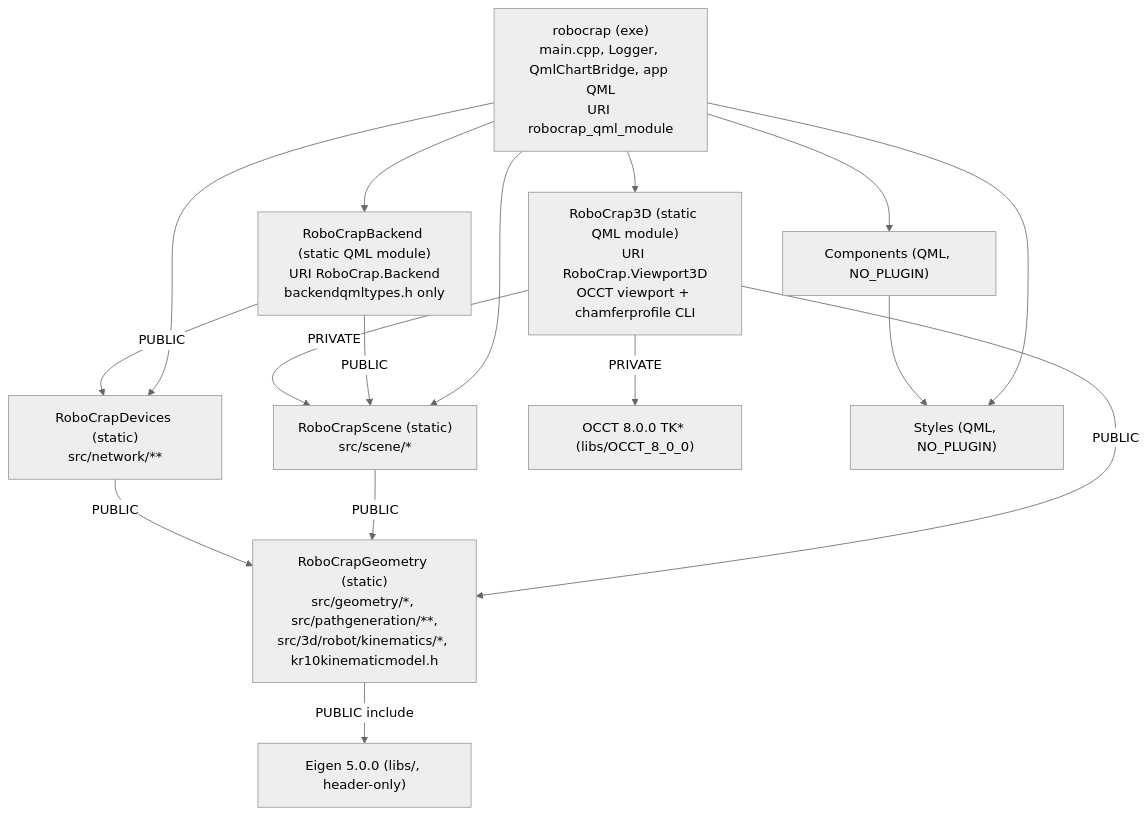
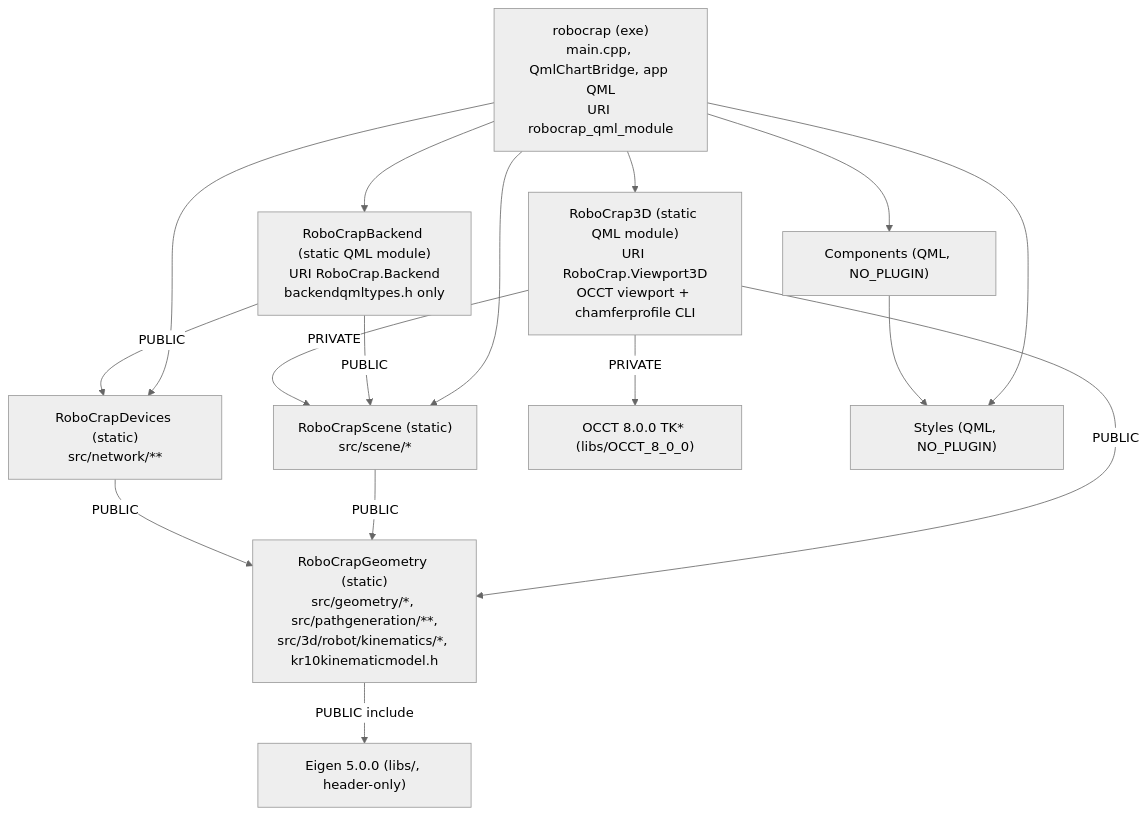
Before and after one commit to Nazar0vIvan/QDeltaPLC: the diagram in docs/ARCHITECTURE.md, drawn with Mermaid (neutral theme). The commit also changed other lines of this file and 23 other files, not shown here.

````diff
--- a/docs/ARCHITECTURE.md
+++ b/docs/ARCHITECTURE.md
@@ -30,29 +35,29 @@
 ```mermaid
 graph TD
-  robocrap["robocrap (exe)<br/>main.cpp, Logger, QmlChartBridge, app QML<br/>URI robocrap_qml_module"]
+  robocrap["robocrap (exe)<br/>main.cpp, QmlChartBridge, app QML<br/>URI robocrap_qml_module"]
   Backend["RoboCrapBackend (static QML module)<br/>URI RoboCrap.Backend<br/>backendqmltypes.h only"]
   R3D["RoboCrap3D (static QML module)<br/>URI RoboCrap.Viewport3D<br/>OCCT viewport + chamferprofile CLI"]
   Scene["RoboCrapScene (static)<br/>src/scene/*"]
   Devices["RoboCrapDevices (static)<br/>src/network/**"]
   Geometry["RoboCrapGeometry (static)<br/>src/geometry/*, src/pathgeneration/**,<br/>src/3d/robot/kinematics/*, kr10kinematicmodel.h"]
   Eigen["Eigen 5.0.0 (libs/, header-only)"]
   OCCT["OCCT 8.0.0 TK* (libs/OCCT_8_0_0)"]
   Styles["Styles (QML, NO_PLUGIN)"]
   Components["Components (QML, NO_PLUGIN)"]
 
   robocrap --> Backend
   robocrap --> R3D
   robocrap --> Scene
   robocrap --> Devices
   robocrap --> Styles
   robocrap --> Components
   Components --> Styles
   Backend -->|PUBLIC| Scene
   Backend -->|PUBLIC| Devices
   R3D -->|PUBLIC| Geometry
   R3D -->|PRIVATE| Scene
   R3D -->|PRIVATE| OCCT
   Scene -->|PUBLIC| Geometry
   Devices -->|PUBLIC| Geometry
   Geometry -->|PUBLIC include| Eigen
 ```
````
